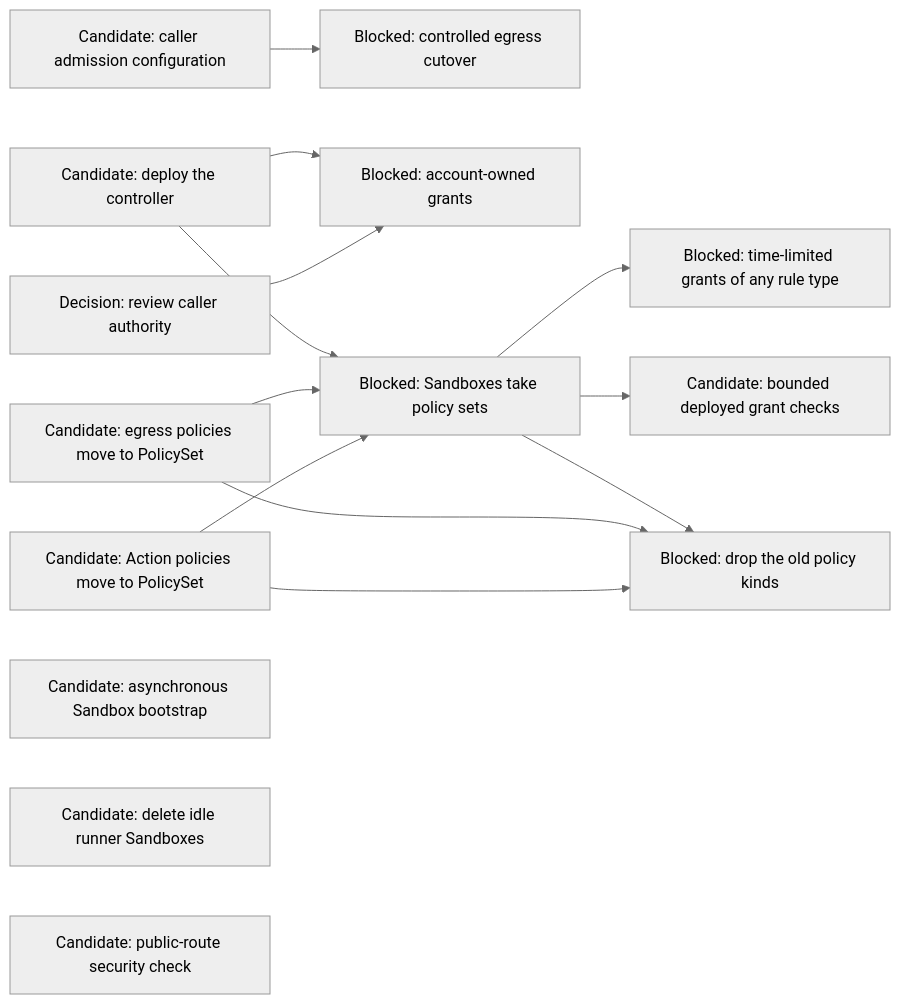
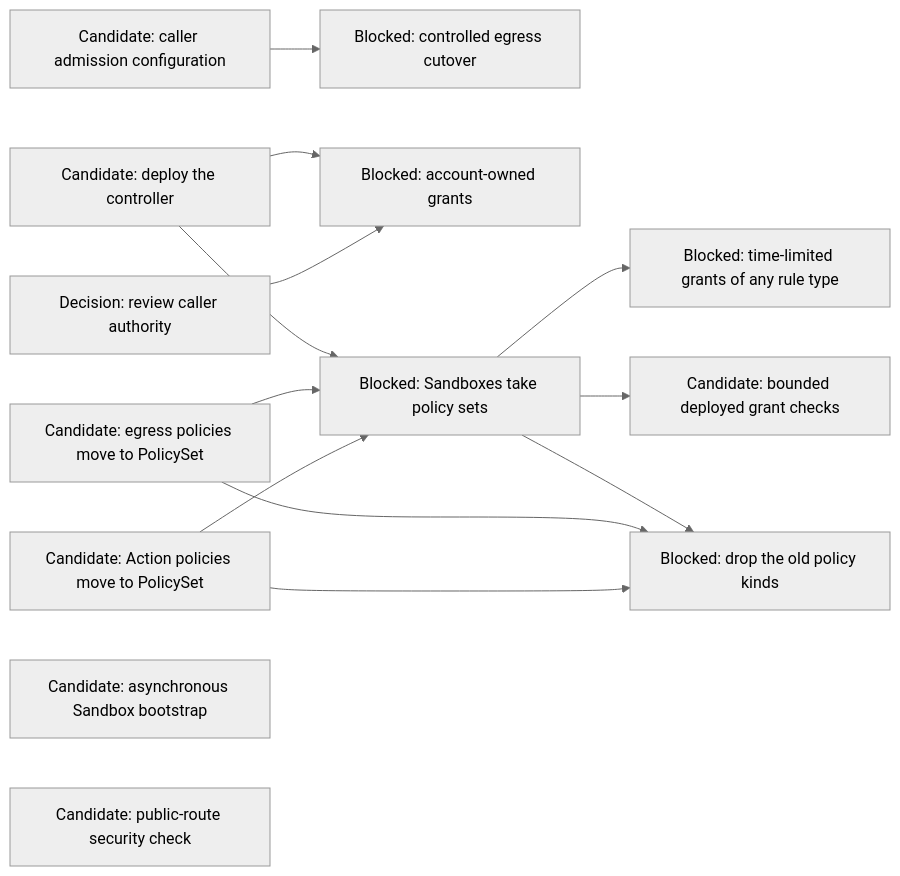
Before and after one commit to agentydragon/ducktape: the eighth of 14 diagrams in agentplane/plans/task_dag.md, drawn with Mermaid (neutral theme). The commit also changed other lines of this file, not shown here.

First line of the commit message:
agentplane/plans: idle runner Sandboxes stop rather than delete

````diff
--- a/agentplane/plans/task_dag.md
+++ b/agentplane/plans/task_dag.md
@@ -472,20 +472,19 @@
 ```mermaid
 flowchart LR
     PC_EGRESS_CREDENTIALS[Candidate: caller admission configuration] --> PC_EGRESS[Blocked: controlled egress cutover]
     CLAUDE_AI_SA[Decision: review caller authority] --> MANAGED_SA_RBAC[Blocked: account-owned grants]
     ACTION_POLICY_MIGRATE[Candidate: Action policies move to PolicySet]
     EGRESS_POLICY_MIGRATE[Candidate: egress policies move to PolicySet]
     ACTION_POLICY_MIGRATE --> OLD_POLICY_KINDS_DROP[Blocked: drop the old policy kinds]
     EGRESS_POLICY_MIGRATE --> OLD_POLICY_KINDS_DROP
     ACTION_POLICY_MIGRATE --> POLICY_SANDBOX_CUTOVER
     EGRESS_POLICY_MIGRATE --> POLICY_SANDBOX_CUTOVER
     K8S_POLICY_DEPLOY[Candidate: deploy the controller] --> POLICY_SANDBOX_CUTOVER[Blocked: Sandboxes take policy sets]
     POLICY_SANDBOX_CUTOVER --> POLICY_RUNTIME_GRANTS[Blocked: time-limited grants of any rule type]
     K8S_POLICY_DEPLOY --> MANAGED_SA_RBAC
     POLICY_SANDBOX_CUTOVER --> SANDBOX_RBAC
     POLICY_SANDBOX_CUTOVER --> OLD_POLICY_KINDS_DROP
     BOOTSTRAP_PROGRESS_CONTRACT[Candidate: asynchronous Sandbox bootstrap]
-    SANDBOX_IDLE_EXPIRY[Candidate: delete idle runner Sandboxes]
     SANDBOX_RBAC[Candidate: bounded deployed grant checks]
     NOTIFICATION_INGRESS_BOUNDARY[Candidate: public-route security check]
 ```
````
